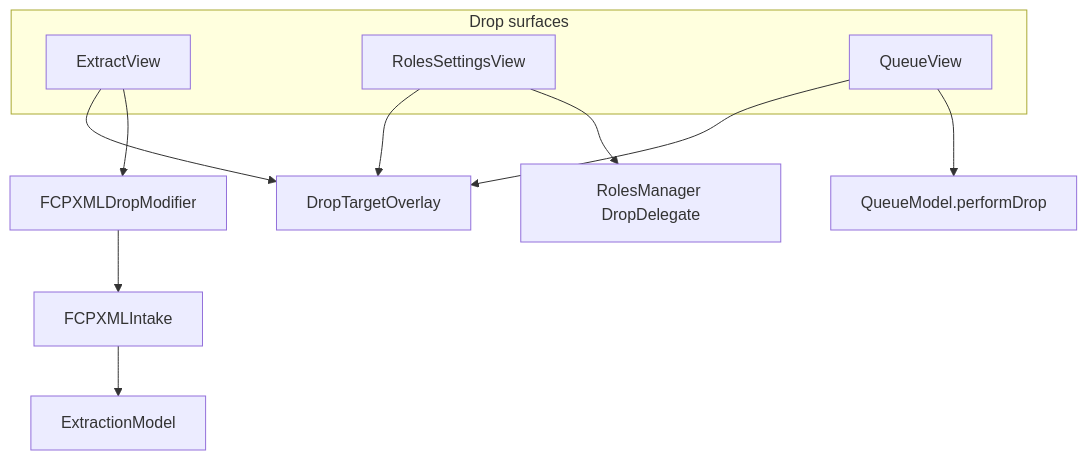
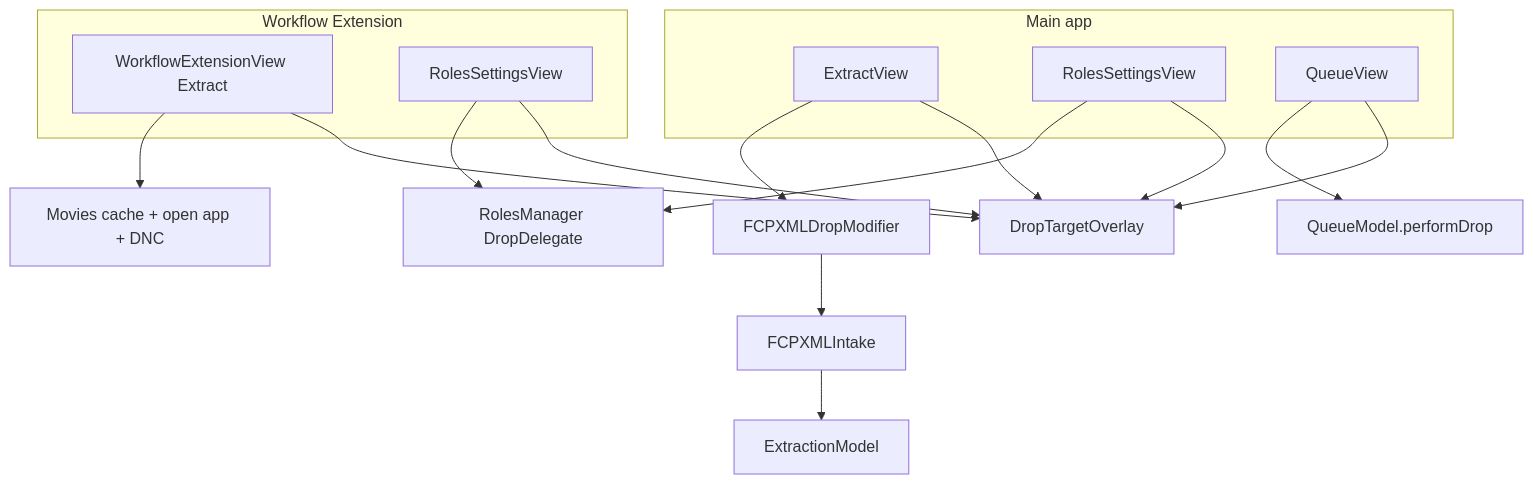
One commit to TheAcharya/MarkerData changed the fourth of 5 diagrams in ARCHITECTURE.md. Above: the diagram before and after it, drawn with Mermaid. The commit also changed other lines of this file and 4 other files, not shown here.

````diff
--- a/ARCHITECTURE.md
+++ b/ARCHITECTURE.md
@@ -442,20 +442,29 @@
 ```mermaid
 flowchart TB
-  subgraph surfaces [Drop surfaces]
+  subgraph mainApp [Main app]
     EX[ExtractView]
     RO[RolesSettingsView]
     QU[QueueView]
+  end
+
+  subgraph we [Workflow Extension]
+    WEX[WorkflowExtensionView Extract]
+    WRO[RolesSettingsView]
   end
 
   OV[DropTargetOverlay]
   EX --> OV
   RO --> OV
   QU --> OV
+  WEX --> OV
+  WRO --> OV
 
   EX --> FM[FCPXMLDropModifier]
   FM --> IN[FCPXMLIntake]
   IN --> EM[ExtractionModel]
 
   RO --> RM[RolesManager DropDelegate]
+  WRO --> RM
   QU --> QM[QueueModel.performDrop]
+  WEX --> HO[Movies cache + open app + DNC]
 ```
````
